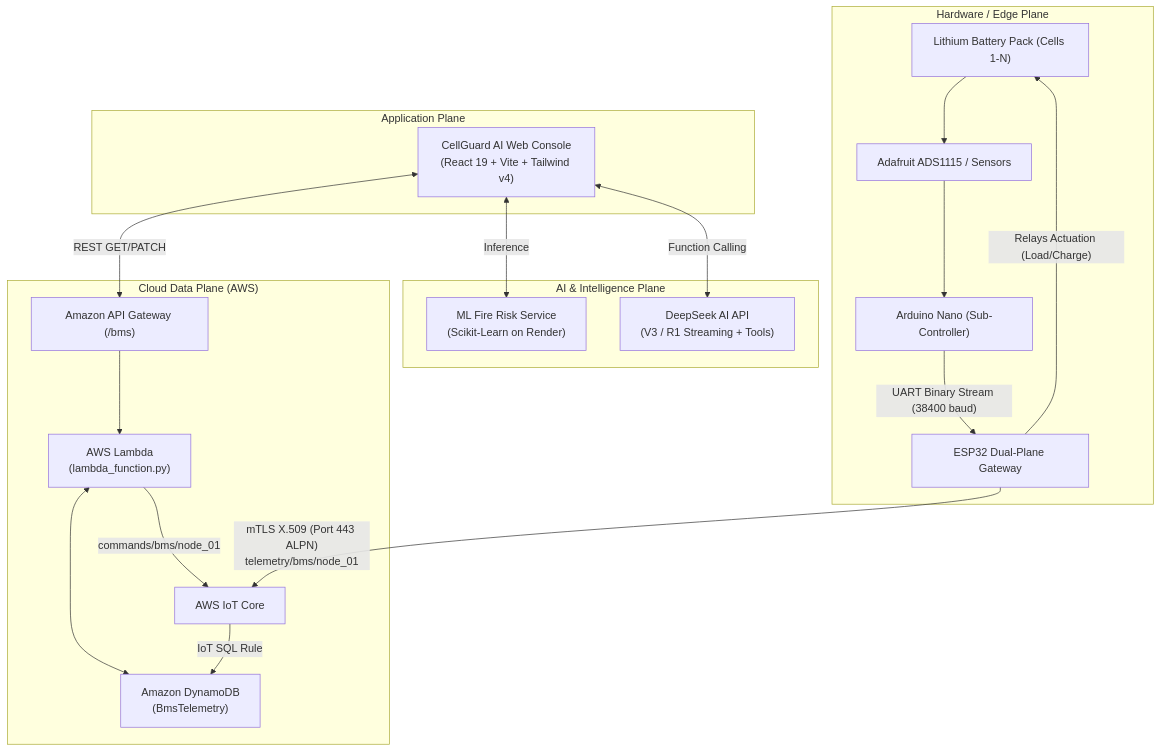
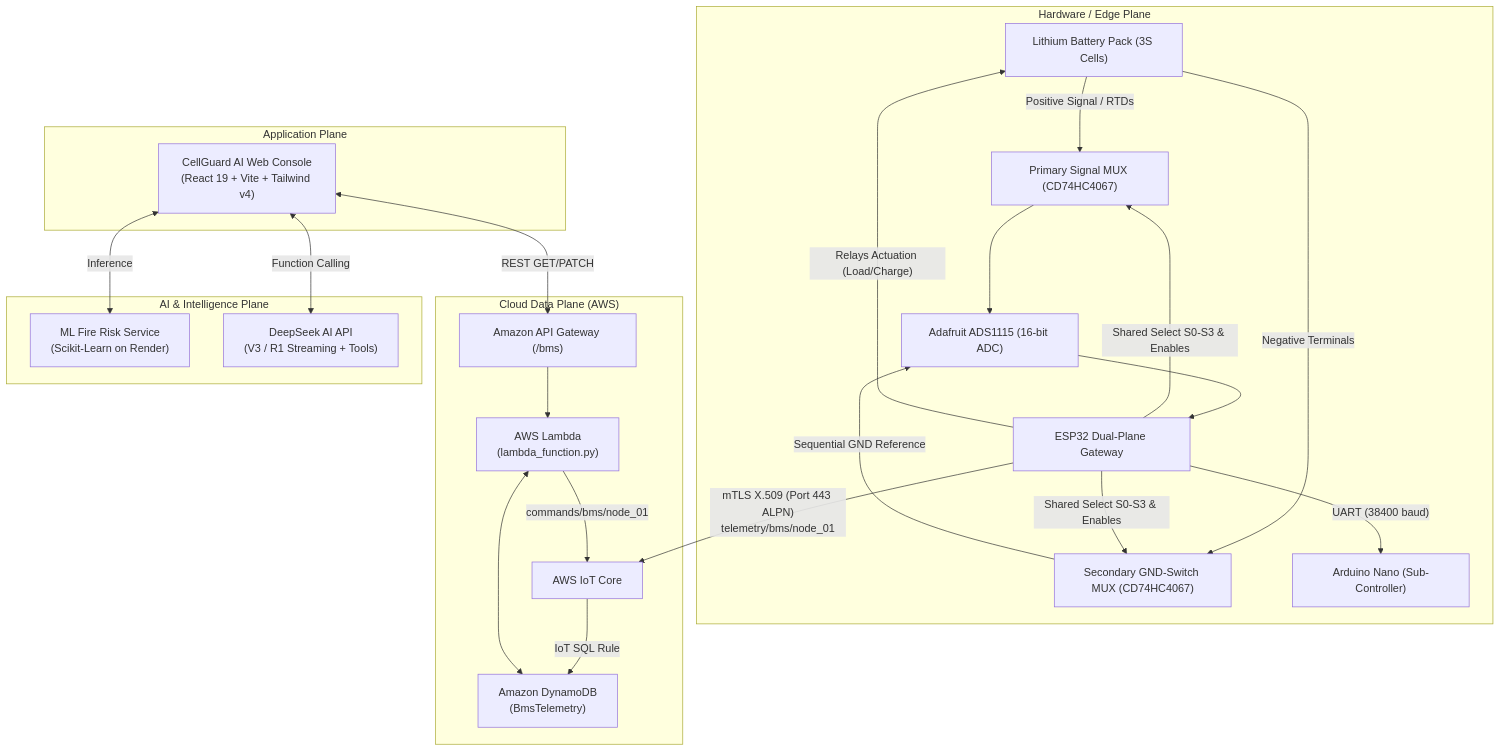
Before and after one commit to akashmani0520-maker/CellGuard-AI: the diagram in README.md, drawn with Mermaid. The commit also changed other lines of this file and 1 other file, not shown here.

Commit message:
feat: implement dual-multiplexer ground-referencing for differential cell voltage acquisition

````diff
--- a/README.md
+++ b/README.md
@@ -58,29 +58,34 @@
 ```mermaid
 flowchart TD
     subgraph Hardware_Plane ["Hardware / Edge Plane"]
-        BatteryPack["Lithium Battery Pack (Cells 1-N)"] --> ADC["Adafruit ADS1115 / Sensors"]
-        ADC --> Nano["Arduino Nano (Sub-Controller)"]
-        Nano -- UART Binary Stream (38400 baud) --> ESP32["ESP32 Dual-Plane Gateway"]
-        ESP32 -- Relays Actuation (Load/Charge) --> BatteryPack
+        BatteryPack["Lithium Battery Pack (3S Cells)"]
+        BatteryPack -- "Positive Signal / RTDs" --> Mux1["Primary Signal MUX (CD74HC4067)"]
+        BatteryPack -- "Negative Terminals" --> Mux2["Secondary GND-Switch MUX (CD74HC4067)"]
+        Mux1 --> ADC["Adafruit ADS1115 (16-bit ADC)"]
+        Mux2 -- "Sequential GND Reference" --> ADC
+        ADC --> ESP32["ESP32 Dual-Plane Gateway"]
+        ESP32 -- "Shared Select S0-S3 & Enables" --> Mux1 & Mux2
+        ESP32 -- "UART (38400 baud)" --> Nano["Arduino Nano (Sub-Controller)"]
+        ESP32 -- "Relays Actuation (Load/Charge)" --> BatteryPack
     end
 
     subgraph AWS_Cloud ["Cloud Data Plane (AWS)"]
         ESP32 -- "mTLS X.509 (Port 443 ALPN)<br/>telemetry/bms/node_01" --> IoTCore["AWS IoT Core"]
         IoTCore -- "IoT SQL Rule" --> DynamoDB["Amazon DynamoDB<br/>(BmsTelemetry)"]
         APIGW["Amazon API Gateway (/bms)"] --> Lambda["AWS Lambda<br/>(lambda_function.py)"]
         Lambda <--> DynamoDB
         Lambda -- "commands/bms/node_01" --> IoTCore
     end
 
     subgraph ML_AI_Plane ["AI & Intelligence Plane"]
         RenderML["ML Fire Risk Service<br/>(Scikit-Learn on Render)"]
         DeepSeekAPI["DeepSeek AI API<br/>(V3 / R1 Streaming + Tools)"]
     end
 
     subgraph Client_Plane ["Application Plane"]
         WebApp["CellGuard AI Web Console<br/>(React 19 + Vite + Tailwind v4)"]
         WebApp <-->|REST GET/PATCH| APIGW
         WebApp <-->|Inference| RenderML
         WebApp <-->|Function Calling| DeepSeekAPI
     end
 ```
````
